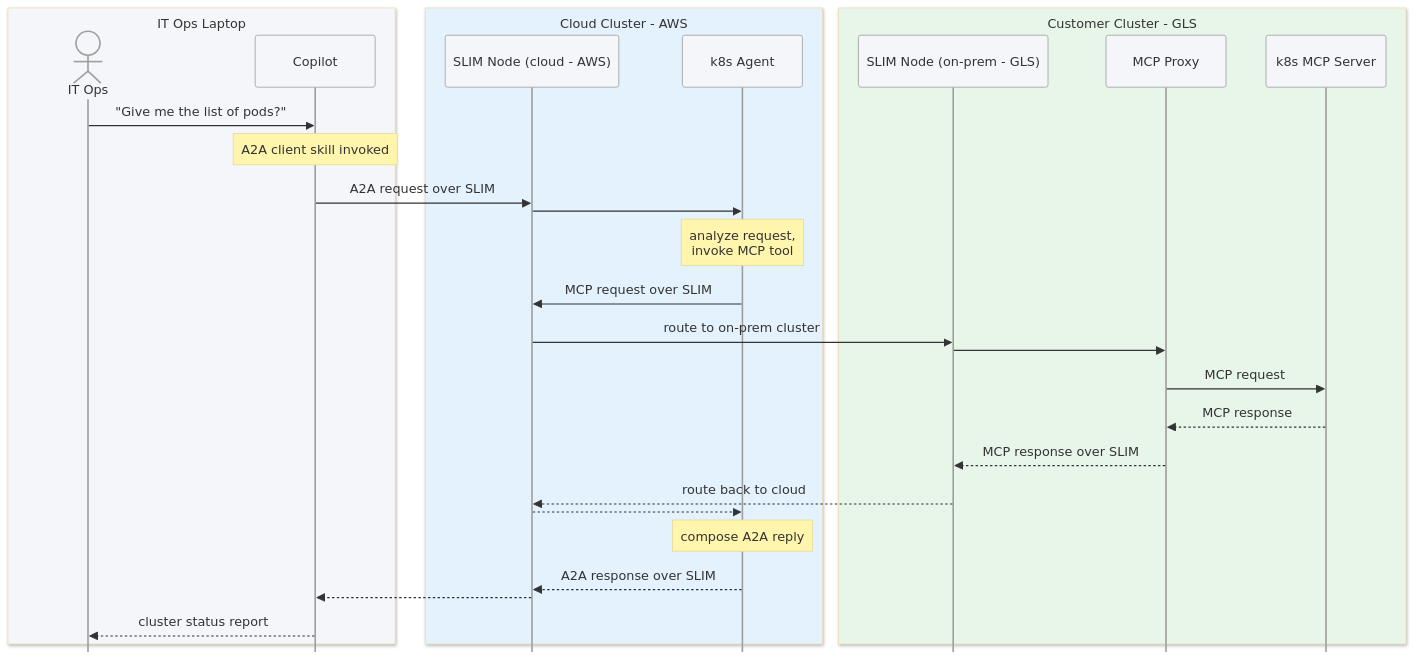
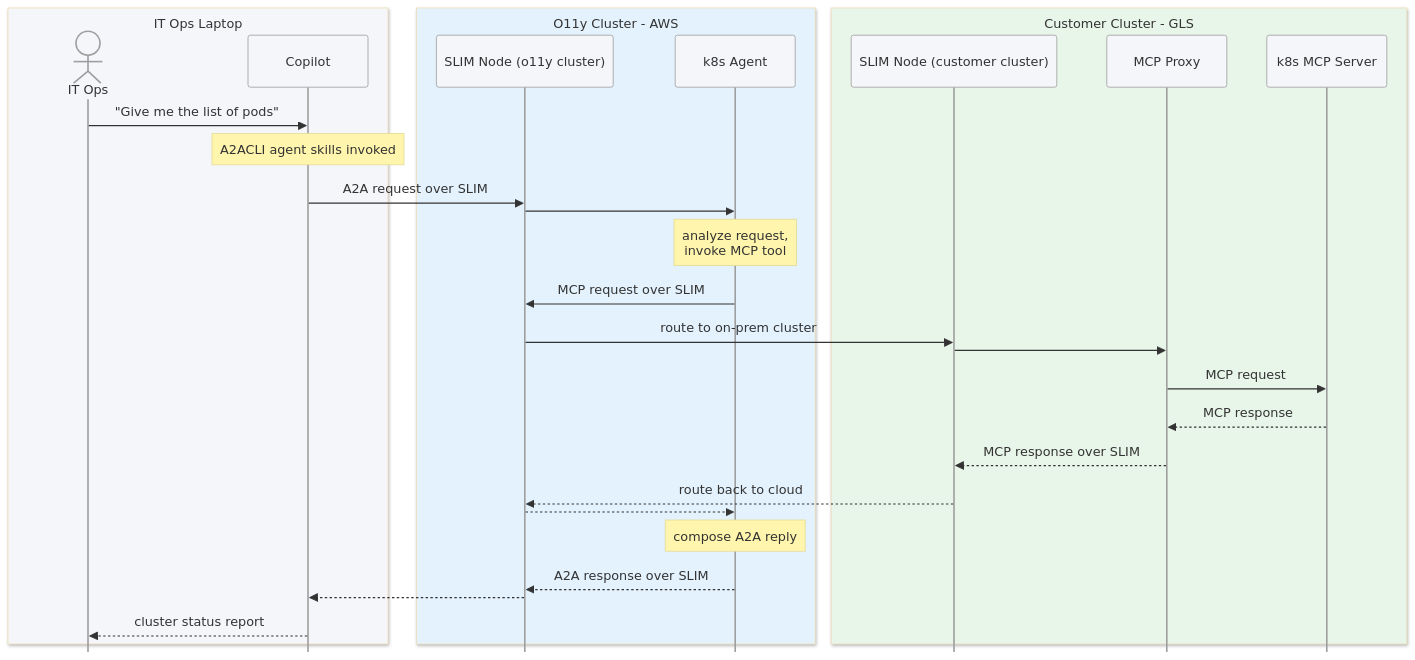
The eighth of 9 diagrams in presentations/slim-multicluster-demo/slim-multicluster-demo.md (agntcy/blogs), drawn with Mermaid before and after one commit. The commit also changed other lines of this file, not shown here.

````diff
--- a/presentations/slim-multicluster-demo/slim-multicluster-demo.md
+++ b/presentations/slim-multicluster-demo/slim-multicluster-demo.md
@@ -555,35 +564,35 @@
 ```mermaid
 %%{init: {'theme': 'base', 'sequence': {'mirrorActors': false}, 'themeVariables': {'fontSize': '16px', 'actorBkg': '#F5F6FA', 'actorBorder': '#9E9E9E', 'activationBkgColor': '#E3F2FD', 'signalColor': '#333', 'signalTextColor': '#333'}}}%%
 sequenceDiagram
     box rgb(245,246,250) IT Ops Laptop
         actor Human as IT Ops
         participant Copilot as Copilot
     end
-    box rgb(227,242,253) Cloud Cluster - AWS
-        participant SNc as SLIM Node (cloud - AWS)
+    box rgb(227,242,253) O11y Cluster - AWS
+        participant SNc as SLIM Node (o11y cluster)
         participant Agent as k8s Agent
     end
     box rgb(232,245,233) Customer Cluster - GLS
-        participant SNp as SLIM Node (on-prem - GLS)
+        participant SNp as SLIM Node (customer cluster)
         participant Proxy as MCP Proxy
         participant MCP as k8s MCP Server
     end
 
-    Human->>Copilot: "Give me the list of pods?"
-    Note over Copilot: A2A client skill invoked
+    Human->>Copilot: "Give me the list of pods"
+    Note over Copilot: A2ACLI agent skills invoked
     Copilot->>SNc: A2A request over SLIM
     SNc->>Agent: 
     Note over Agent: analyze request,<br/>invoke MCP tool
     Agent->>SNc: MCP request over SLIM
     SNc->>SNp: route to on-prem cluster
     SNp->>Proxy: 
     Proxy->>MCP: MCP request
     MCP-->>Proxy: MCP response
     Proxy-->>SNp: MCP response over SLIM
     SNp-->>SNc: route back to cloud
     SNc-->>Agent: 
     Note over Agent: compose A2A reply
     Agent-->>SNc: A2A response over SLIM
     SNc-->>Copilot: 
     Copilot-->>Human: cluster status report
 ```
````
